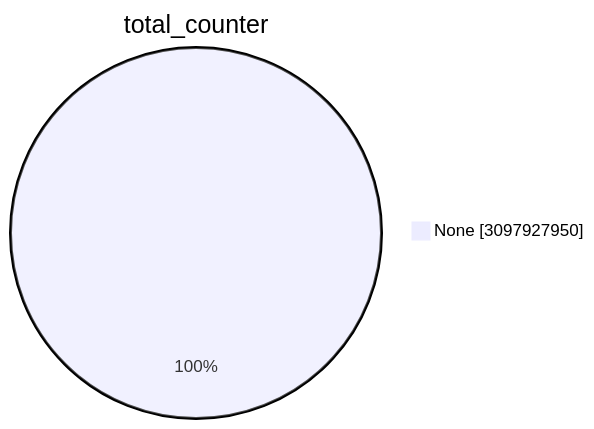
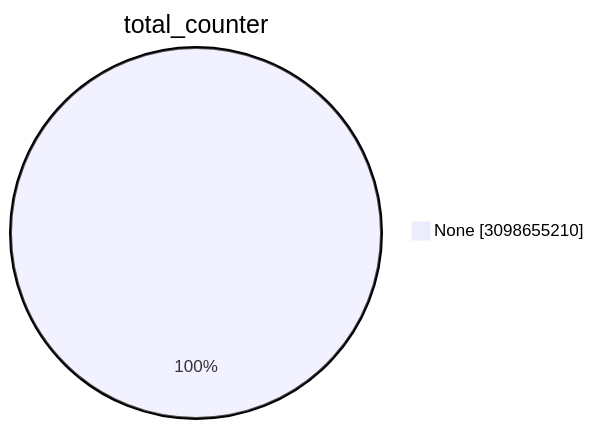
The first of 15 diagrams in TOTAL/README.md (christiankrug/ctmonitor_visualization), drawn with Mermaid before and after one commit. The commit also changed other lines of this file, not shown here.

````diff
--- a/TOTAL/README.md
+++ b/TOTAL/README.md
@@ -1,5 +1,5 @@
 ```mermaid
 pie showData
 title total_counter
-"None" :3097927950
+"None" :3098655210
 ```
````
